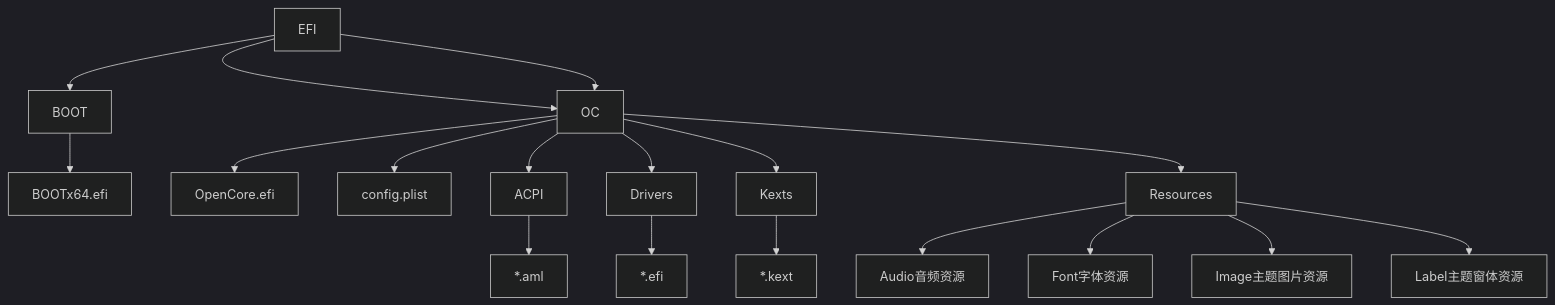
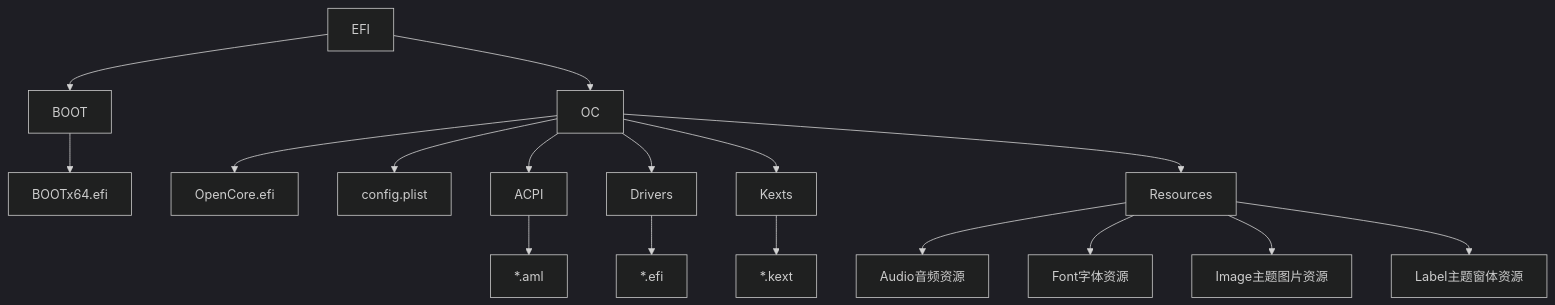
The first of 2 diagrams in README.md (wy414012/open-core-x99), drawn with Mermaid (dark theme) before and after one commit. The commit also changed other lines of this file, not shown here.

````diff
--- a/README.md
+++ b/README.md
@@ -100,13 +100,13 @@
 ```mermaid
 graph TD;
     EFI-->BOOT-->BOOTx64.efi;
     EFI-->OC-->OpenCore.efi;
-	EFI-->OC-->config.plist;
+	OC-->config.plist;
     OC-->ACPI-->*.aml;
     OC-->Drivers-->*.efi;
     OC-->Kexts-->*.kext;
 	OC-->Resources-->Audio音频资源;
 	Resources-->Font字体资源;
 	Resources-->Image主题图片资源;
 	Resources-->Label主题窗体资源;
 ```
````
